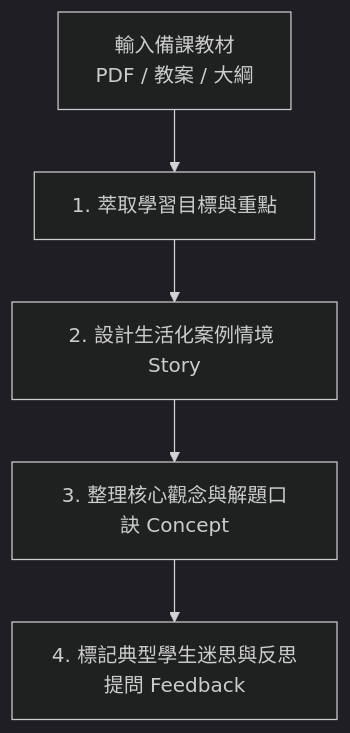
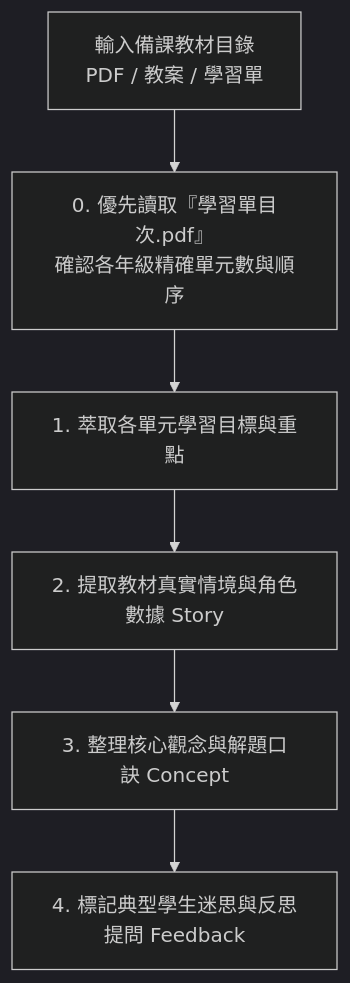
The diagram in .agents/skills/making_math_interaction/SKILL.md (MazingerSam/Grade3), drawn with Mermaid (dark theme) before and after one commit. The commit also changed other lines of this file and 1 other file, not shown here.

````diff
--- a/.agents/skills/making_math_interaction/SKILL.md
+++ b/.agents/skills/making_math_interaction/SKILL.md
@@ -30,7 +30,8 @@
 ```mermaid
 flowchart TD
-    A[輸入備課教材<br>PDF / 教案 / 大綱] --> B[1. 萃取學習目標與重點]
-    B --> C[2. 設計生活化案例情境 Story]
-    C --> D[3. 整理核心觀念與解題口訣 Concept]
-    D --> E[4. 標記典型學生迷思與反思提問 Feedback]
+    A["輸入備課教材目錄<br>PDF / 教案 / 學習單"] --> A1["0. 優先讀取『學習單目次.pdf』<br>確認各年級精確單元數與順序"]
+    A1 --> B["1. 萃取各單元學習目標與重點"]
+    B --> C["2. 提取教材真實情境與角色數據 Story"]
+    C --> D["3. 整理核心觀念與解題口訣 Concept"]
+    D --> E["4. 標記典型學生迷思與反思提問 Feedback"]
 ```
````
